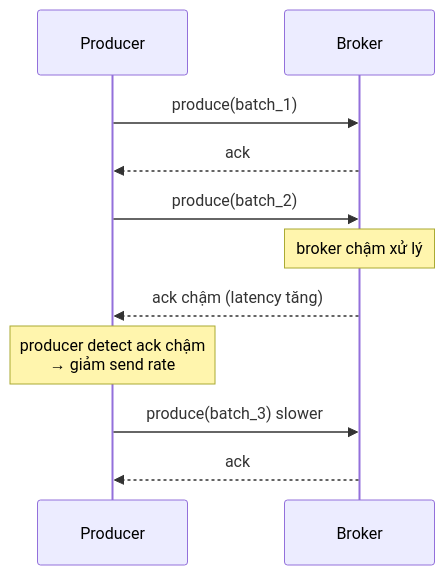
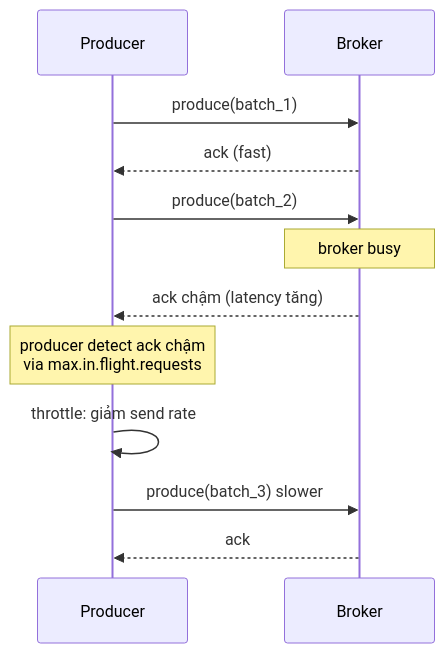
One commit to ankinguyen-engineer-2002/realtime-data-ai-platform-digital-twin changed the second of 6 diagrams in learning/00-mental-models/07-backpressure.md. Above: the diagram before and after it, drawn with Mermaid. The commit also changed other lines of this file and 3 other files, not shown here.

````diff
--- a/learning/00-mental-models/07-backpressure.md
+++ b/learning/00-mental-models/07-backpressure.md
@@ -107,14 +214,15 @@
 ```mermaid
 sequenceDiagram
     participant P as Producer
     participant K as Broker
 
     P->>K: produce(batch_1)
-    K-->>P: ack
+    K-->>P: ack (fast)
     P->>K: produce(batch_2)
-    Note over K: broker chậm xử lý
+    Note over K: broker busy
     K-->>P: ack chậm (latency tăng)
-    Note over P: producer detect ack chậm<br/>→ giảm send rate
+    Note over P: producer detect ack chậm<br/>via max.in.flight.requests
+    P->>P: throttle: giảm send rate
     P->>K: produce(batch_3) slower
     K-->>P: ack
 ```
````
